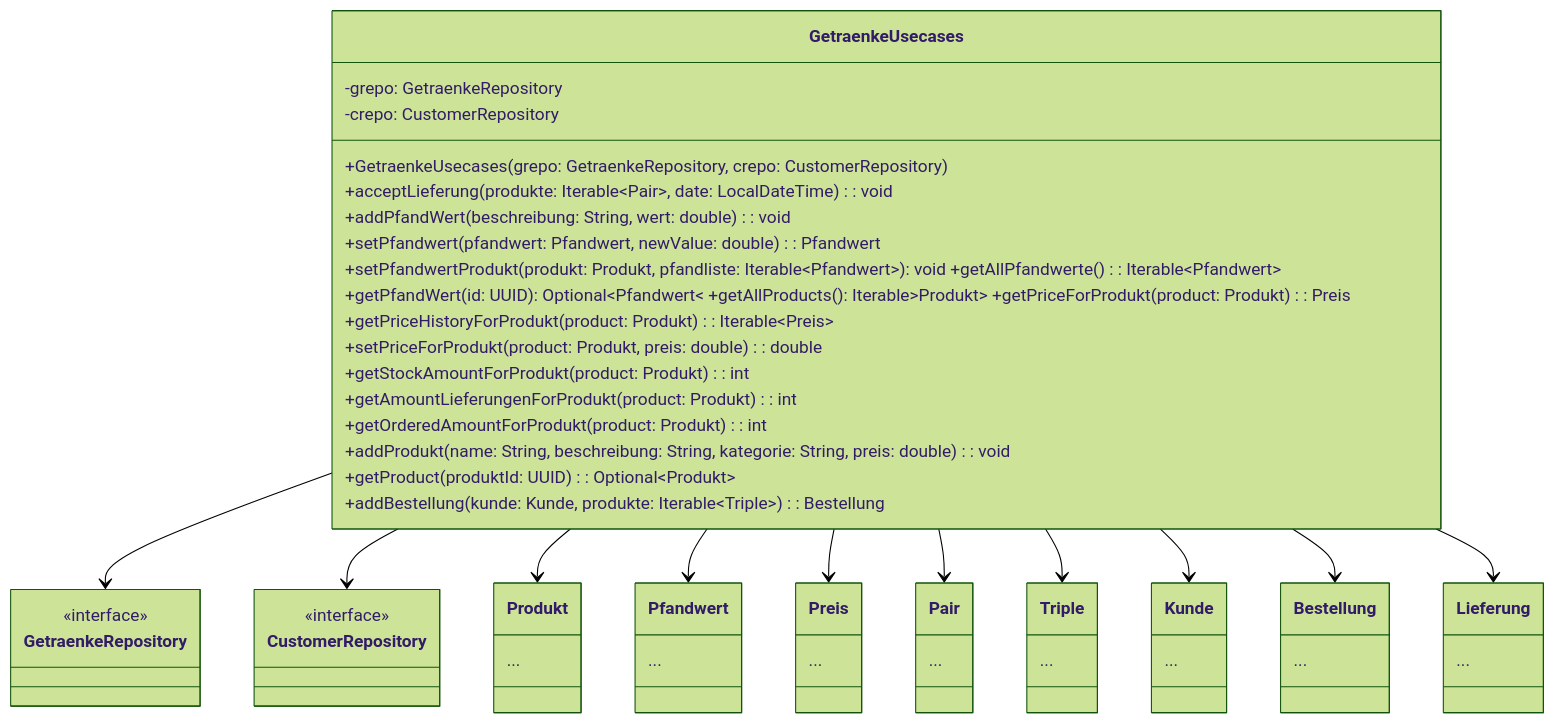
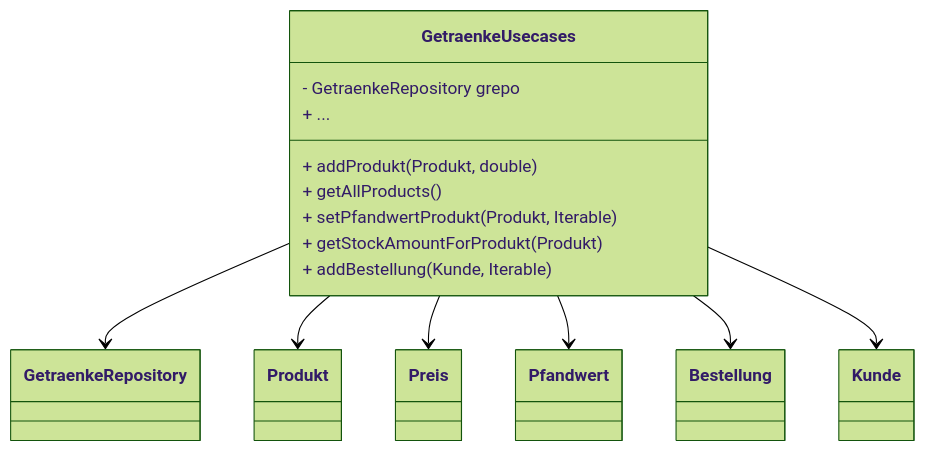
Before and after one commit to Gamagu/ase_getraenke: the first of 31 diagrams in README.md, drawn with Mermaid (forest theme). The commit also changed other lines of this file and 1 other file, not shown here.

````diff
--- a/README.md
+++ b/README.md
@@ -126,43 +127,28 @@
 ```mermaid
 classDiagram
-    class GetraenkeUsecases {
-		-grepo: GetraenkeRepository 
-		-crepo: CustomerRepository 
-		+GetraenkeUsecases(grepo: GetraenkeRepository, crepo: CustomerRepository) 
-		+acceptLieferung(produkte: Iterable~Pair~<Produkt, Integer>, date: LocalDateTime): void 
-		+addPfandWert(beschreibung: String, wert: double): void 
-		+setPfandwert(pfandwert: Pfandwert, newValue: double): Pfandwert 
-		+setPfandwertProdukt(produkt: Produkt, pfandliste: Iterable~Pfandwert~): void +getAllPfandwerte(): Iterable~Pfandwert~ 
-		+getPfandWert(id: UUID): Optional~Pfandwert~ +getAllProducts(): Iterable~Produkt~ +getPriceForProdukt(product: Produkt): Preis 
-		+getPriceHistoryForProdukt(product: Produkt): Iterable~Preis~ 
-		+setPriceForProdukt(product: Produkt, preis: double): double 
-		+getStockAmountForProdukt(product: Produkt): int 
-		+getAmountLieferungenForProdukt(product: Produkt): int 
-		+getOrderedAmountForProdukt(product: Produkt): int 
-		+addProdukt(name: String, beschreibung: String, kategorie: String, preis: double): void 
-		+getProduct(produktId: UUID): Optional~Produkt~ 
-		+addBestellung(kunde: Kunde, produkte: Iterable~Triple~<Produkt, Integer, Double>): Bestellung
-    }
+class GetraenkeUsecases {
+    - GetraenkeRepository grepo
 
-class GetraenkeRepository { <<interface>> } 
-class CustomerRepository { <<interface>> } 
-class Produkt { ... } 
-class Pfandwert { ... } 
-class Preis { ... } 
-class Pair { ... } 
-class Triple { ... } 
-class Kunde { ... } 
-class Bestellung { ... } 
-class Lieferung { ... }
+    + addProdukt(Produkt, double)
+    + getAllProducts()
+    + setPfandwertProdukt(Produkt, Iterable<Pfandwert>)
+    + getStockAmountForProdukt(Produkt)
+    + addBestellung(Kunde, Iterable<Triple>)
+    + ...
+}
 
-GetraenkeUsecases --> GetraenkeRepository 
-GetraenkeUsecases --> CustomerRepository 
-GetraenkeUsecases --> Produkt 
-GetraenkeUsecases --> Pfandwert 
-GetraenkeUsecases --> Preis 
-GetraenkeUsecases --> Pair 
-GetraenkeUsecases --> Triple 
-GetraenkeUsecases --> Kunde 
-GetraenkeUsecases --> Bestellung 
-GetraenkeUsecases --> Lieferung
+class GetraenkeRepository
+class Produkt
+class Preis
+class Pfandwert
+class Bestellung
+class Kunde
+
+GetraenkeUsecases --> GetraenkeRepository
+GetraenkeUsecases --> Produkt
+GetraenkeUsecases --> Preis
+GetraenkeUsecases --> Pfandwert
+GetraenkeUsecases --> Bestellung
+GetraenkeUsecases --> Kunde
+
 ```
````
